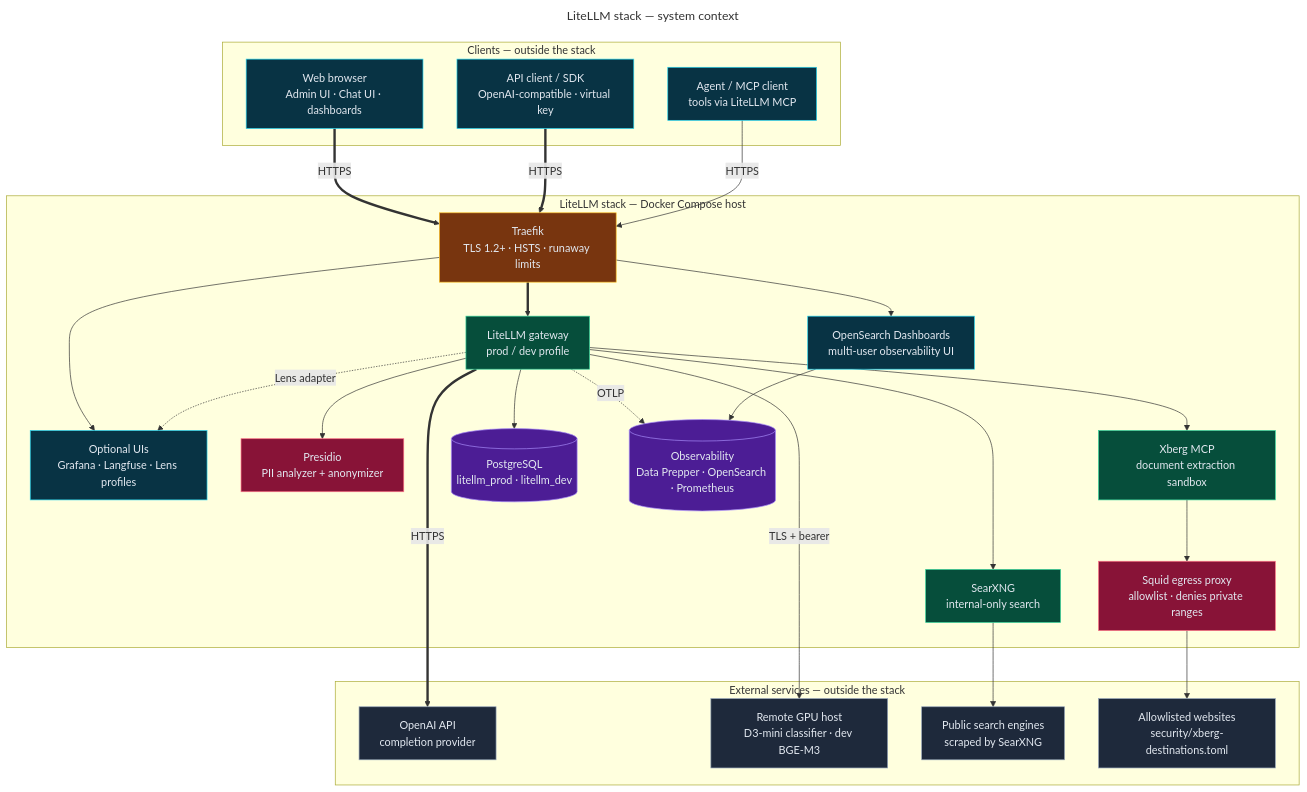
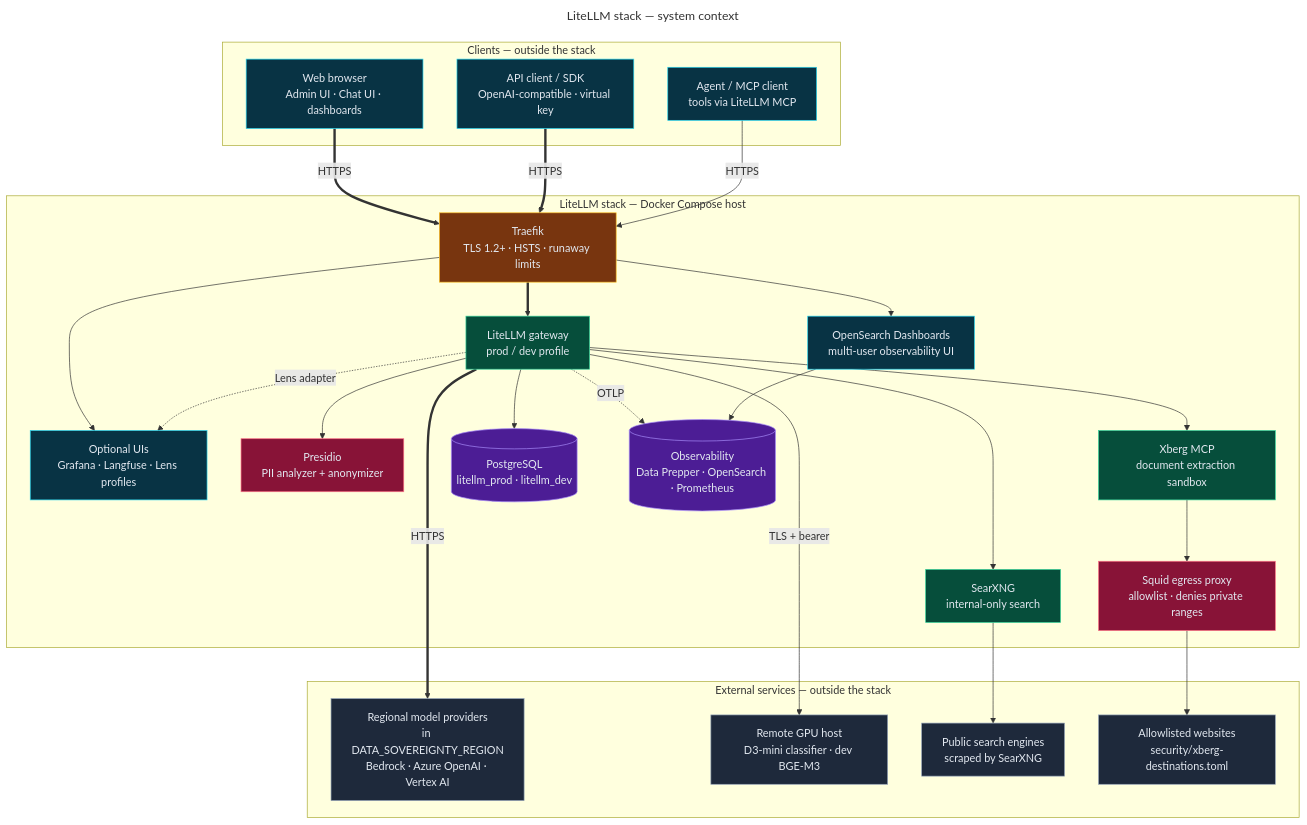
Before and after one commit to bella-1337/effective-spoon: the diagram in diagrams/01-system-context.mmd, drawn with Mermaid. The commit also changed 27 other files, not shown here.

```diff
--- a/diagrams/01-system-context.mmd
+++ b/diagrams/01-system-context.mmd
@@ -1,64 +1,64 @@
 ---
 title: LiteLLM stack — system context
 ---
 flowchart TD
   %% Source for 01-system-context.html. Edit this file, then run ./scripts/render-diagrams.py.
   %% Directives: docs in diagrams/README.md (Updating diagrams).
   %% @mode architecture
   %% @subtitle Who calls the stack, what runs inside the Docker host, and which services live outside it
   %% @card cyan | Clients | Browsers, SDKs, and agents reach the stack only through Traefik over HTTPS | API clients authenticate to LiteLLM with a virtual key or the master key | Operators use OpenSearch Dashboards, plus Grafana, Langfuse, or Lens when enabled
   %% @card violet | Inside the stack | LiteLLM is the single gateway for models, search, MCP tools, and guardrails | Presidio, SearXNG, Xberg, PostgreSQL, and telemetry stay on internal networks | Every container log, metric, and trace lands in OpenSearch by default
-  %% @card rose | Outside the stack | OpenAI serves completions; a separate GPU host runs D3-mini and dev BGE-M3 embeddings behind one TLS proxy trusted through its mkcert CA | SearXNG scrapes public engines — review their terms of use | Xberg reaches only allowlisted sites through the Squid egress proxy
-  %% @journey #22d3ee: API TR LL OAI
+  %% @card rose | Outside the stack | Only the models named in .env serve completions, each from a Bedrock, Azure OpenAI, or Vertex AI location inside DATA_SOVEREIGNTY_REGION; a separate GPU host runs D3-mini and dev BGE-M3 embeddings behind one TLS proxy trusted through its mkcert CA | SearXNG scrapes public engines — review their terms of use | Xberg reaches only allowlisted sites through the Squid egress proxy
+  %% @journey #22d3ee: API TR LL EUP
   %% @journey #a78bfa: BR TR OSD OBS
   %% @journey #34d399: AG TR LL XB SQ WEB
 
   subgraph CL["Clients — outside the stack"]
     BR["Web browser<br/>Admin UI · Chat UI · dashboards"]:::frontend
     API["API client / SDK<br/>OpenAI-compatible · virtual key"]:::frontend
     AG["Agent / MCP client<br/>tools via LiteLLM MCP"]:::frontend
   end
   subgraph ST["LiteLLM stack — Docker Compose host"]
     TR["Traefik<br/>TLS 1.2+ · HSTS · runaway limits"]:::cloud
     LL["LiteLLM gateway<br/>prod / dev profile"]:::backend
     OSD["OpenSearch Dashboards<br/>multi-user observability UI"]:::frontend
     OPT["Optional UIs<br/>Grafana · Langfuse · Lens profiles"]:::frontend
     PR["Presidio<br/>PII analyzer + anonymizer"]:::security
     SX["SearXNG<br/>internal-only search"]:::backend
     XB["Xberg MCP<br/>document extraction sandbox"]:::backend
     PG[("PostgreSQL<br/>litellm_prod · litellm_dev")]:::database
     OBS[("Observability<br/>Data Prepper · OpenSearch · Prometheus")]:::database
     SQ["Squid egress proxy<br/>allowlist · denies private ranges"]:::security
   end
   subgraph EX["External services — outside the stack"]
-    OAI["OpenAI API<br/>completion provider"]:::external
+    EUP["Regional model providers<br/>in DATA_SOVEREIGNTY_REGION<br/>Bedrock · Azure OpenAI · Vertex AI"]:::external
     D3["Remote GPU host<br/>D3-mini classifier · dev BGE-M3"]:::external
     SE["Public search engines<br/>scraped by SearXNG"]:::external
     WEB["Allowlisted websites<br/>security/xberg-destinations.toml"]:::external
   end
 
   BR ==>|"HTTPS"| TR
   API ==>|"HTTPS"| TR
   AG -->|"HTTPS"| TR
   TR ==> LL
   TR --> OSD
   TR --> OPT
   LL --> PR
   LL --> SX
   LL --> XB
   LL --> PG
   LL -.->|"OTLP"| OBS
   LL -.->|"Lens adapter"| OPT
   OSD --> OBS
   XB --> SQ
-  LL ==>|"HTTPS"| OAI
+  LL ==>|"HTTPS"| EUP
   LL -->|"TLS + bearer"| D3
   SX --> SE
   SQ --> WEB
 
   classDef backend fill:#064e3b,stroke:#34d399,color:#e2e8f0
   classDef cloud fill:#78350f,stroke:#fbbf24,color:#e2e8f0
   classDef database fill:#4c1d95,stroke:#a78bfa,color:#e2e8f0
   classDef external fill:#1e293b,stroke:#94a3b8,color:#e2e8f0
   classDef frontend fill:#083344,stroke:#22d3ee,color:#e2e8f0
   classDef security fill:#881337,stroke:#fb7185,color:#e2e8f0
```
